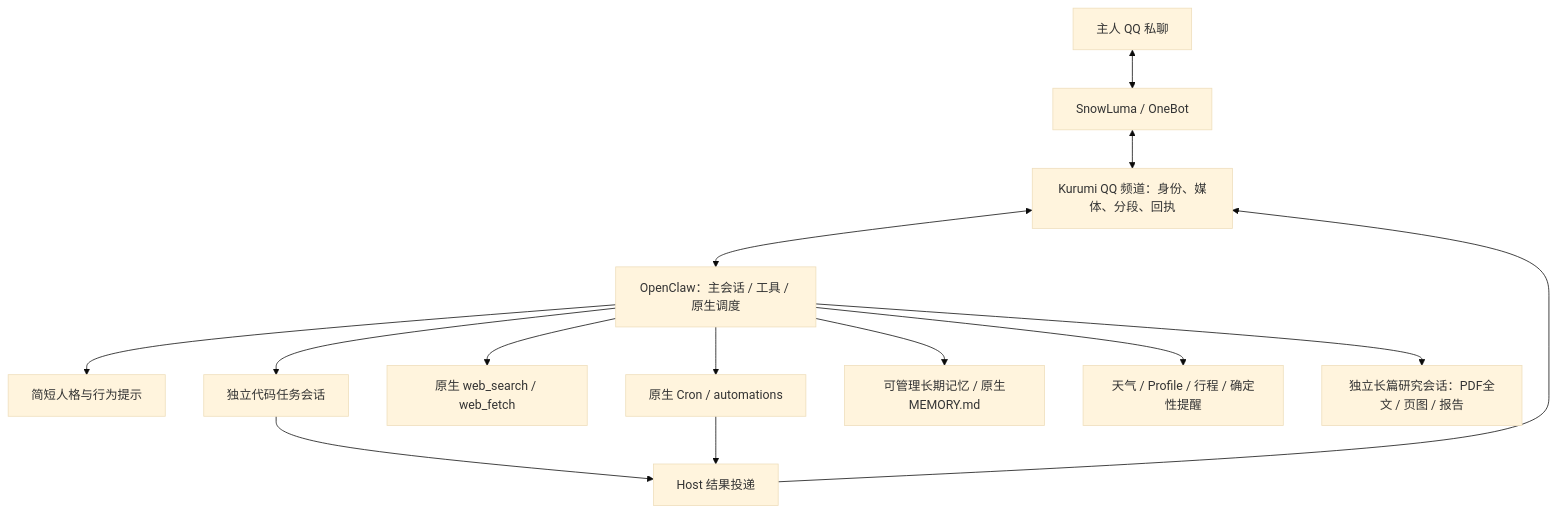
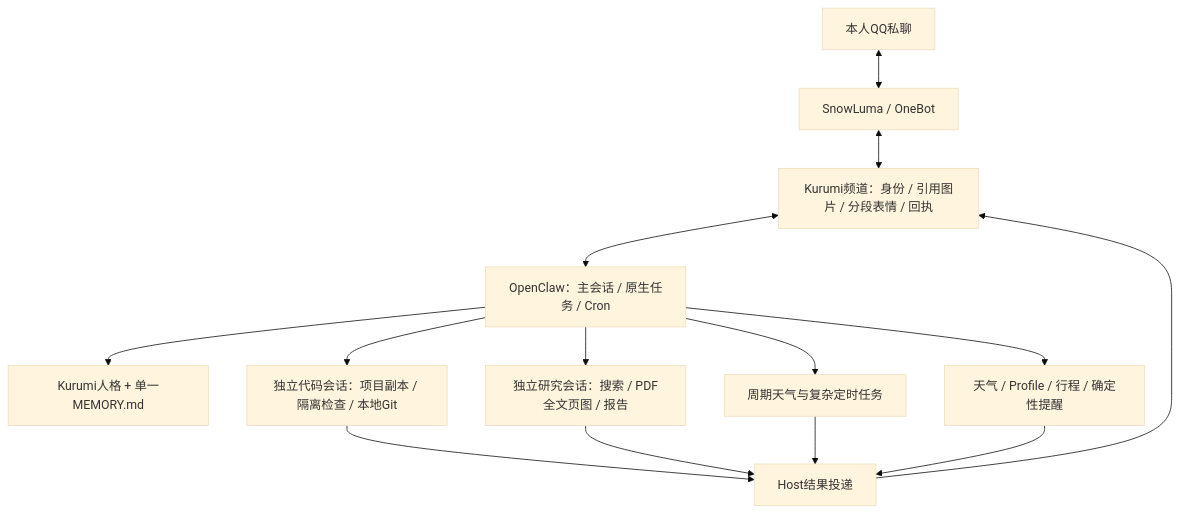
The diagram in docs/9_QQ融合助手架构与开发计划.md (zsh-afrangry/MyBot), drawn with Mermaid (base theme) before and after one commit. The commit also changed other lines of this file and 13 other files, not shown here.

````diff
--- a/docs/9_QQ融合助手架构与开发计划.md
+++ b/docs/9_QQ融合助手架构与开发计划.md
@@ -36,16 +27,16 @@
 ```mermaid
 flowchart TD
-  Q[主人 QQ 私聊] <--> S[SnowLuma / OneBot]
-  S <--> C[Kurumi QQ 频道：身份、媒体、分段、回执]
-  C <--> O[OpenClaw：主会话 / 工具 / 原生调度]
-  O --> P[简短人格与行为提示]
-  O --> W[独立代码任务会话]
-  O --> R[原生 web_search / web_fetch]
-  O --> T[原生 Cron / automations]
-  W --> D[Host 结果投递]
+  Q[本人QQ私聊] <--> S[SnowLuma / OneBot]
+  S <--> C[Kurumi频道：身份 / 引用图片 / 分段表情 / 回执]
+  C <--> O[OpenClaw：主会话 / 原生任务 / Cron]
+  O --> P[Kurumi人格 + 单一MEMORY.md]
+  O --> B[天气 / Profile / 行程 / 确定性提醒]
+  O --> W[独立代码会话：项目副本 / 隔离检查 / 本地Git]
+  O --> R[独立研究会话：搜索 / PDF全文页图 / 报告]
+  O --> T[周期天气与复杂定时任务]
+  W --> D[Host结果投递]
+  R --> D
   T --> D
+  B --> D
   D --> C
-  O --> M[可管理长期记忆 / 原生MEMORY.md]
-  O --> B[天气 / Profile / 行程 / 确定性提醒]
-  O --> L[独立长篇研究会话：PDF全文 / 页图 / 报告]
 ```
````
